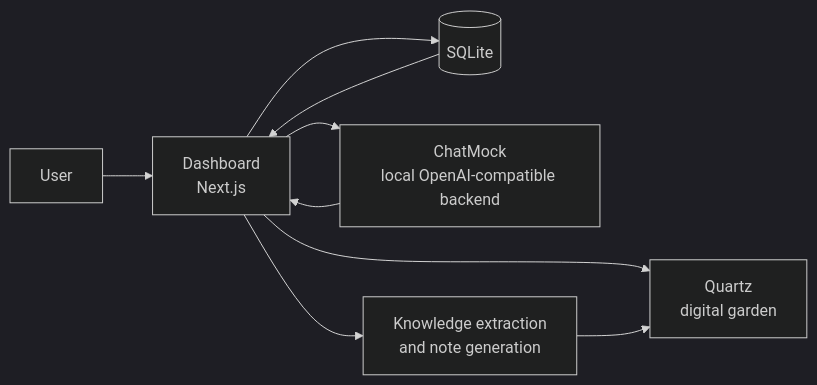
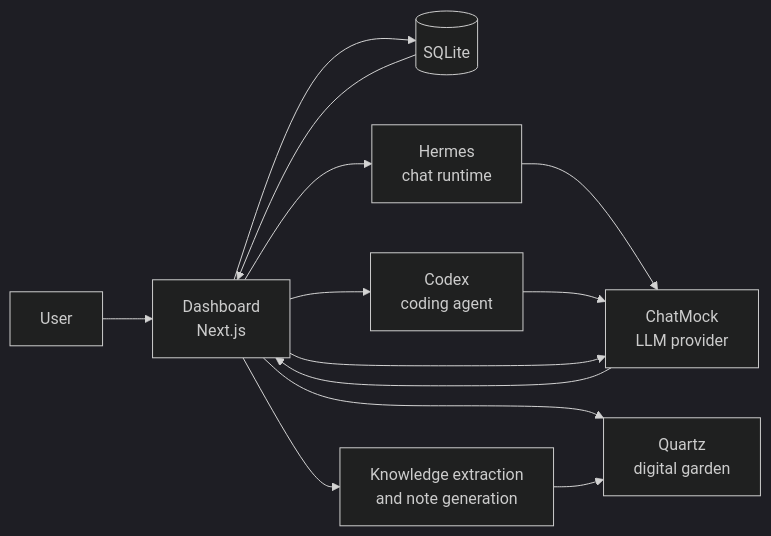
Before and after one commit to kuzeyatay/breadboard: the diagram in README.md, drawn with Mermaid (dark theme). The commit also changed other lines of this file and 11706 other files, not shown here.

````diff
--- a/README.md
+++ b/README.md
@@ -119,12 +120,16 @@
 ```mermaid
 flowchart LR
     U[User] --> D[Dashboard<br/>Next.js]
     D --> DB[(SQLite)]
-    D --> CM[ChatMock<br/>local OpenAI-compatible backend]
+    D --> H[Hermes<br/>chat runtime]
+    H --> CM[ChatMock<br/>LLM provider]
+    D --> C[Codex<br/>coding agent]
+    C --> CM
+    D --> CM
     D --> Q[Quartz<br/>digital garden]
     D --> KG[Knowledge extraction<br/>and note generation]
 
     KG --> Q
     DB --> D
     CM --> D
 ```
````
